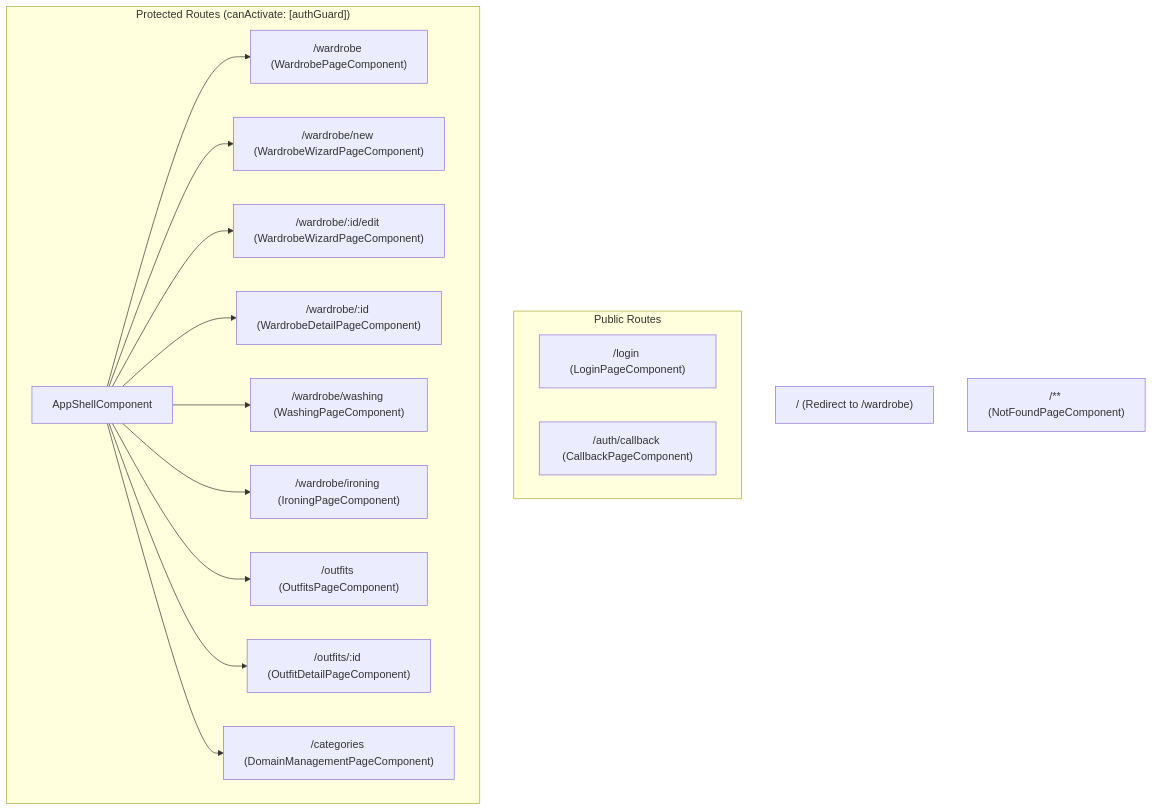
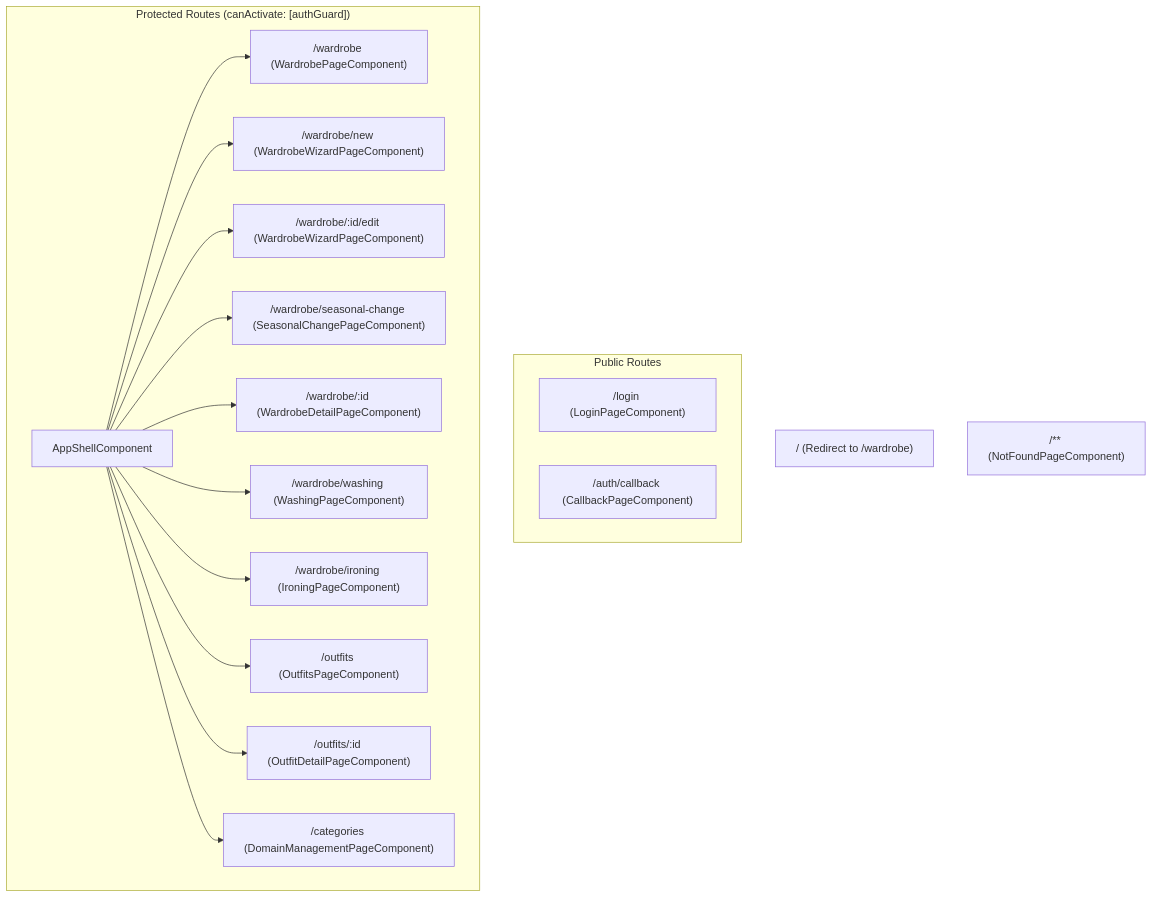
The first of 2 diagrams in docs/FRONTEND_ARCHITECTURE.md (sorge13248/dressly), drawn with Mermaid before and after one commit. The commit also changed other lines of this file and 63 other files, not shown here.

First line of the commit message:
feat(wardrobe): add seasonal rotation wizard and storage location management

````diff
--- a/docs/FRONTEND_ARCHITECTURE.md
+++ b/docs/FRONTEND_ARCHITECTURE.md
@@ -59,34 +59,36 @@
 ```mermaid
 graph TD
     Root["/ (Redirect to /wardrobe)"]
 
     subgraph PublicRoutes ["Public Routes"]
         Login["/login (LoginPageComponent)"]
         Callback["/auth/callback (CallbackPageComponent)"]
     end
 
     subgraph ProtectedRoutes ["Protected Routes (canActivate: [authGuard])"]
         Shell["AppShellComponent"]
         Wardrobe["/wardrobe (WardrobePageComponent)"]
         NewClothes["/wardrobe/new (WardrobeWizardPageComponent)"]
         EditClothes["/wardrobe/:id/edit (WardrobeWizardPageComponent)"]
+        SeasonalChange["/wardrobe/seasonal-change (SeasonalChangePageComponent)"]
         DetailClothes["/wardrobe/:id (WardrobeDetailPageComponent)"]
         Washing["/wardrobe/washing (WashingPageComponent)"]
         Ironing["/wardrobe/ironing (IroningPageComponent)"]
         Outfits["/outfits (OutfitsPageComponent)"]
         OutfitDetail["/outfits/:id (OutfitDetailPageComponent)"]
         Categories["/categories (DomainManagementPageComponent)"]
     end
 
     Wildcard["/** (NotFoundPageComponent)"]
 
     Shell --> Wardrobe
     Shell --> NewClothes
     Shell --> EditClothes
+    Shell --> SeasonalChange
     Shell --> DetailClothes
     Shell --> Washing
     Shell --> Ironing
     Shell --> Outfits
     Shell --> OutfitDetail
     Shell --> Categories
 ```
````
